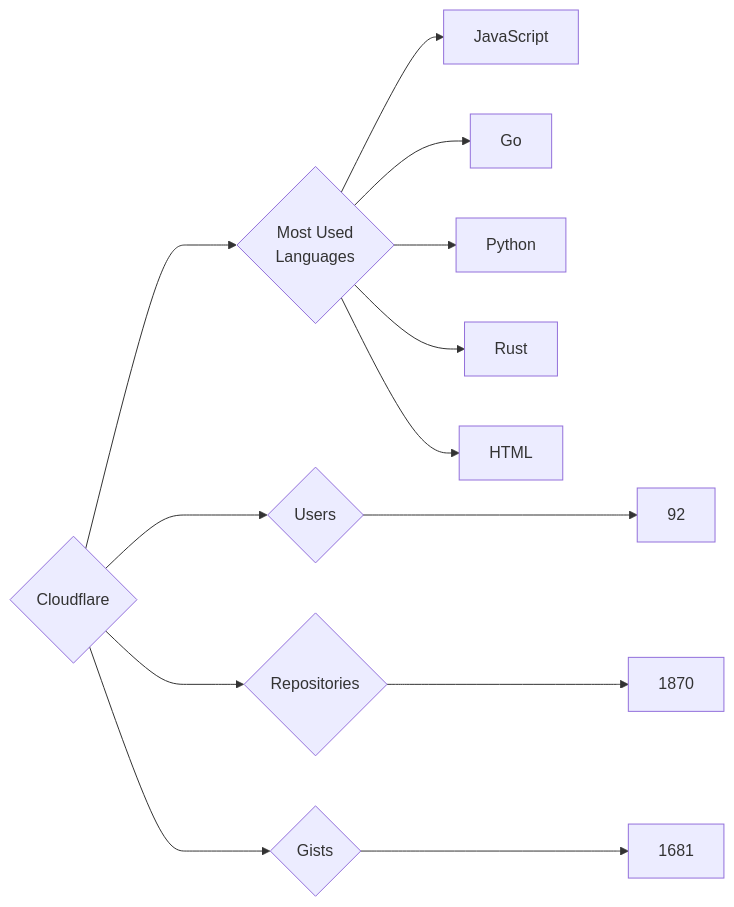
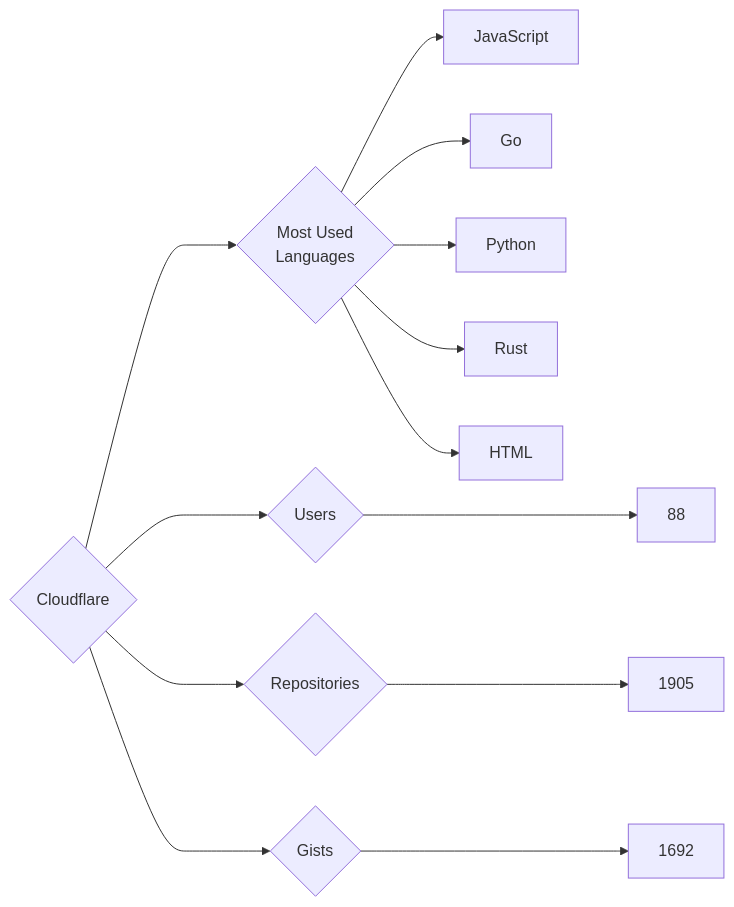
Before and after one commit to trickest/insiders: the diagram in targets/Cloudflare/README.md, drawn with Mermaid. The commit also changed 927 other files, not shown here.

````diff
--- a/targets/Cloudflare/README.md
+++ b/targets/Cloudflare/README.md
@@ -3,13 +3,13 @@
 ```mermaid
 graph LR
 COMPANY_NAME{Cloudflare}
-COMPANY_NAME ---> U{Users} ---> UN[92]
-COMPANY_NAME ---> R{Repositories} ---> RN[1870]
-COMPANY_NAME ---> G{Gists} ---> GN[1681]
+COMPANY_NAME ---> U{Users} ---> UN[88]
+COMPANY_NAME ---> R{Repositories} ---> RN[1905]
+COMPANY_NAME ---> G{Gists} ---> GN[1692]
 COMPANY_NAME ---> ML{Most Used<br>Languages}
 ML --> JavaScript[JavaScript]
 ML --> Go[Go]
 ML --> Python[Python]
 ML --> Rust[Rust]
 ML --> HTML[HTML]
 ```
````
